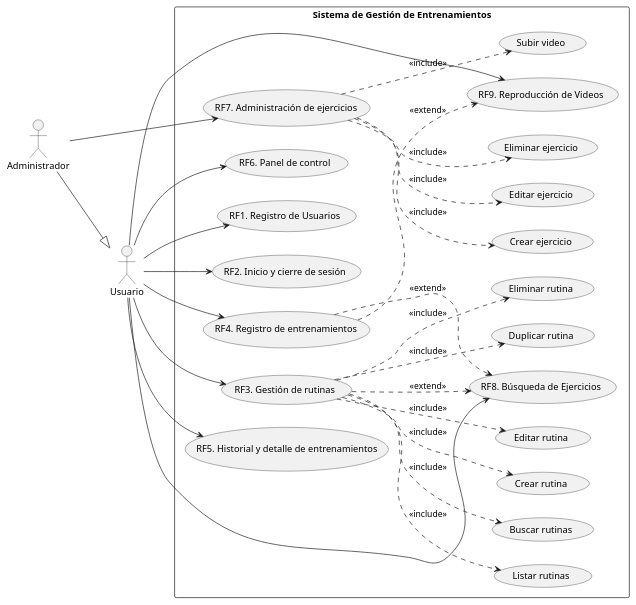
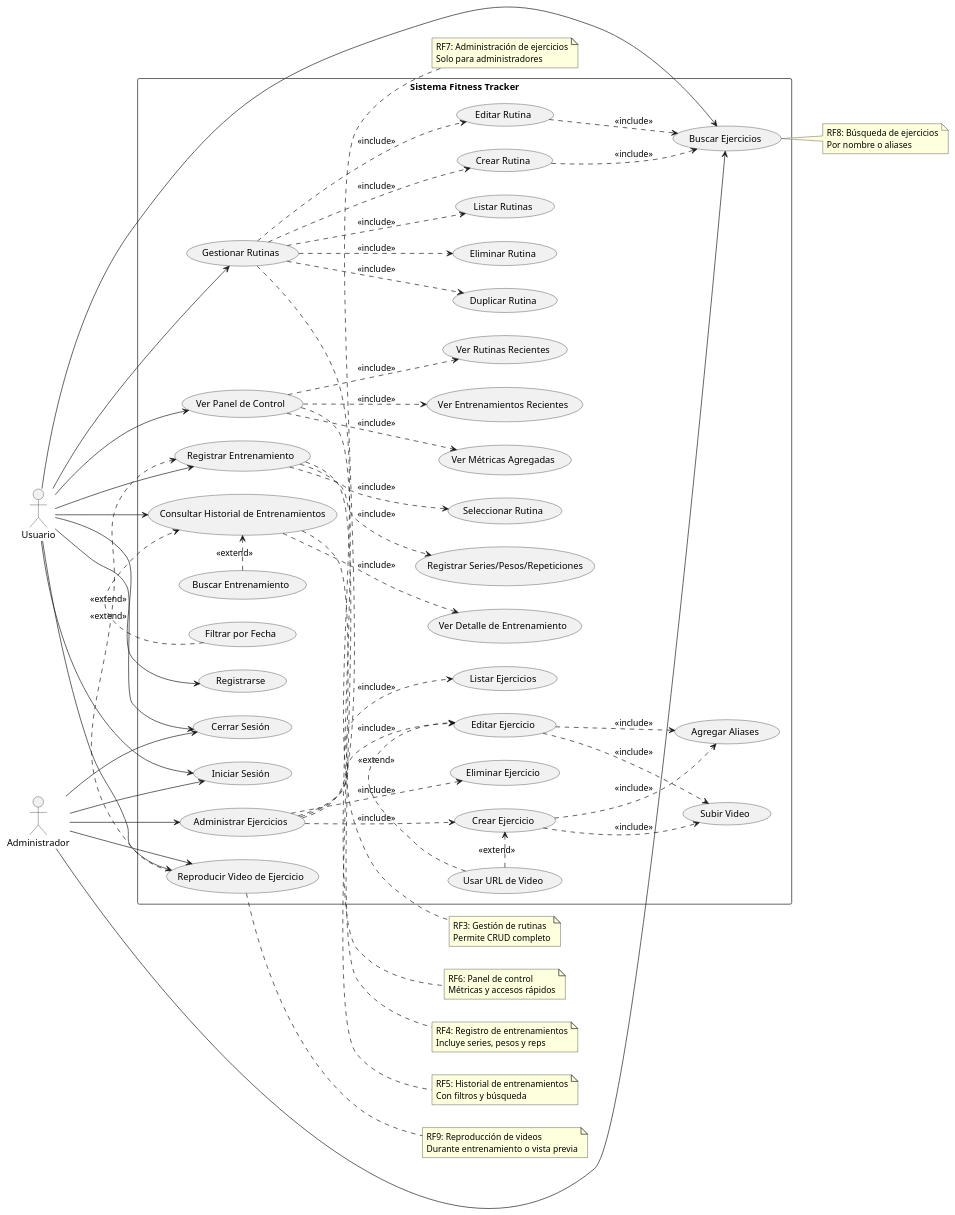
The diagram in use-case-diagram.puml (Samuelvr17/AppGym-Microservicios), drawn with PlantUML before and after one commit.

```diff
--- a/use-case-diagram.puml
+++ b/use-case-diagram.puml
@@ -1,60 +1,163 @@
-@startuml
+@startuml Use Case Diagram - Fitness Tracker
+
 left to right direction
 skinparam packageStyle rectangle
 
 actor "Usuario" as User
 actor "Administrador" as Admin
 
-rectangle "Sistema de Gestión de Entrenamientos" {
-  usecase "RF1. Registro de Usuarios" as RF1
-  usecase "RF2. Inicio y cierre de sesión" as RF2
-  usecase "RF3. Gestión de rutinas" as RF3
-  usecase "RF4. Registro de entrenamientos" as RF4
-  usecase "RF5. Historial y detalle de entrenamientos" as RF5
-  usecase "RF6. Panel de control" as RF6
-  usecase "RF7. Administración de ejercicios" as RF7
-  usecase "RF8. Búsqueda de Ejercicios" as RF8
-  usecase "RF9. Reproducción de Videos" as RF9
+rectangle "Sistema Fitness Tracker" {
 
-  usecase "Listar rutinas" as RF3_1
-  usecase "Buscar rutinas" as RF3_2
-  usecase "Crear rutina" as RF3_3
-  usecase "Editar rutina" as RF3_4
-  usecase "Duplicar rutina" as RF3_5
-  usecase "Eliminar rutina" as RF3_6
+  ' ===== Casos de Uso Compartidos =====
+  usecase "Iniciar Sesión" as UC_Login
+  usecase "Cerrar Sesión" as UC_Logout
+  usecase "Buscar Ejercicios" as UC_SearchExercises
+  usecase "Reproducir Video de Ejercicio" as UC_PlayVideo
 
-  usecase "Crear ejercicio" as RF7_1
-  usecase "Editar ejercicio" as RF7_2
-  usecase "Eliminar ejercicio" as RF7_3
-  usecase "Subir video" as RF7_4
+  ' ===== Casos de Uso del Usuario =====
+  usecase "Registrarse" as UC_Register
+  usecase "Gestionar Rutinas" as UC_ManageRoutines
+  usecase "Registrar Entrenamiento" as UC_RecordWorkout
+  usecase "Consultar Historial de Entrenamientos" as UC_ViewHistory
+  usecase "Ver Panel de Control" as UC_Dashboard
+
+  ' Casos de uso incluidos en Gestionar Rutinas
+  usecase "Listar Rutinas" as UC_ListRoutines
+  usecase "Crear Rutina" as UC_CreateRoutine
+  usecase "Editar Rutina" as UC_EditRoutine
+  usecase "Duplicar Rutina" as UC_DuplicateRoutine
+  usecase "Eliminar Rutina" as UC_DeleteRoutine
+
+  ' Casos de uso incluidos en Registrar Entrenamiento
+  usecase "Seleccionar Rutina" as UC_SelectRoutine
+  usecase "Registrar Series/Pesos/Repeticiones" as UC_RecordSets
+
+  ' Casos de uso incluidos en Consultar Historial
+  usecase "Ver Detalle de Entrenamiento" as UC_ViewWorkoutDetail
+
+  ' Casos de uso extendidos en Consultar Historial
+  usecase "Filtrar por Fecha" as UC_FilterByDate
+  usecase "Buscar Entrenamiento" as UC_SearchWorkout
+
+  ' Casos de uso incluidos en Panel de Control
+  usecase "Ver Métricas Agregadas" as UC_ViewMetrics
+  usecase "Ver Entrenamientos Recientes" as UC_ViewRecentWorkouts
+  usecase "Ver Rutinas Recientes" as UC_ViewRecentRoutines
+
+  ' ===== Casos de Uso del Administrador =====
+  usecase "Administrar Ejercicios" as UC_ManageExercises
+
+  ' Casos de uso incluidos en Administrar Ejercicios
+  usecase "Listar Ejercicios" as UC_ListExercises
+  usecase "Crear Ejercicio" as UC_CreateExercise
+  usecase "Editar Ejercicio" as UC_EditExercise
+  usecase "Eliminar Ejercicio" as UC_DeleteExercise
+
+  ' Casos de uso incluidos en Crear/Editar Ejercicio
+  usecase "Subir Video" as UC_UploadVideo
+  usecase "Agregar Aliases" as UC_AddAliases
+
+  ' Casos de uso extendidos en Crear/Editar Ejercicio
+  usecase "Usar URL de Video" as UC_UseVideoURL
+
+  ' ===== Relaciones del Usuario =====
+  User --> UC_Register
+  User --> UC_Login
+  User --> UC_Logout
+  User --> UC_ManageRoutines
+  User --> UC_RecordWorkout
+  User --> UC_ViewHistory
+  User --> UC_Dashboard
+  User --> UC_SearchExercises
+  User --> UC_PlayVideo
+
+  ' Relaciones include para Gestionar Rutinas
+  UC_ManageRoutines ..> UC_ListRoutines : <<include>>
+  UC_ManageRoutines ..> UC_CreateRoutine : <<include>>
+  UC_ManageRoutines ..> UC_EditRoutine : <<include>>
+  UC_ManageRoutines ..> UC_DuplicateRoutine : <<include>>
+  UC_ManageRoutines ..> UC_DeleteRoutine : <<include>>
+
+  ' Relaciones include para Crear/Editar Rutina
+  UC_CreateRoutine ..> UC_SearchExercises : <<include>>
+  UC_EditRoutine ..> UC_SearchExercises : <<include>>
+
+  ' Relaciones include para Registrar Entrenamiento
+  UC_RecordWorkout ..> UC_SelectRoutine : <<include>>
+  UC_RecordWorkout ..> UC_RecordSets : <<include>>
+
+  ' Relaciones extend para Registrar Entrenamiento
+  UC_PlayVideo .> UC_RecordWorkout : <<extend>>
+
+  ' Relaciones include para Consultar Historial
+  UC_ViewHistory ..> UC_ViewWorkoutDetail : <<include>>
+
+  ' Relaciones extend para Consultar Historial
+  UC_FilterByDate .> UC_ViewHistory : <<extend>>
+  UC_SearchWorkout .> UC_ViewHistory : <<extend>>
+
+  ' Relaciones include para Panel de Control
+  UC_Dashboard ..> UC_ViewMetrics : <<include>>
+  UC_Dashboard ..> UC_ViewRecentWorkouts : <<include>>
+  UC_Dashboard ..> UC_ViewRecentRoutines : <<include>>
+
+  ' ===== Relaciones del Administrador =====
+  Admin --> UC_Login
+  Admin --> UC_Logout
+  Admin --> UC_ManageExercises
+  Admin --> UC_SearchExercises
+  Admin --> UC_PlayVideo
+
+  ' Relaciones include para Administrar Ejercicios
+  UC_ManageExercises ..> UC_ListExercises : <<include>>
+  UC_ManageExercises ..> UC_CreateExercise : <<include>>
+  UC_ManageExercises ..> UC_EditExercise : <<include>>
+  UC_ManageExercises ..> UC_DeleteExercise : <<include>>
+
+  ' Relaciones include para Crear/Editar Ejercicio
+  UC_CreateExercise ..> UC_UploadVideo : <<include>>
+  UC_CreateExercise ..> UC_AddAliases : <<include>>
+  UC_EditExercise ..> UC_UploadVideo : <<include>>
+  UC_EditExercise ..> UC_AddAliases : <<include>>
+
+  ' Relaciones extend para Crear/Editar Ejercicio
+  UC_UseVideoURL .> UC_CreateExercise : <<extend>>
+  UC_UseVideoURL .> UC_EditExercise : <<extend>>
 }
 
-User --> RF1
-User --> RF2
-User --> RF3
-User --> RF4
-User --> RF5
-User --> RF6
-User --> RF8
-User --> RF9
+note right of UC_ManageRoutines
+  RF3: Gestión de rutinas
+  Permite CRUD completo
+end note
 
-Admin --|> User
-Admin --> RF7
+note right of UC_RecordWorkout
+  RF4: Registro de entrenamientos
+  Incluye series, pesos y reps
+end note
 
-RF3 ..> RF3_1 : <<include>>
-RF3 ..> RF3_2 : <<include>>
-RF3 ..> RF3_3 : <<include>>
-RF3 ..> RF3_4 : <<include>>
-RF3 ..> RF3_5 : <<include>>
-RF3 ..> RF3_6 : <<include>>
+note right of UC_ViewHistory
+  RF5: Historial de entrenamientos
+  Con filtros y búsqueda
+end note
 
-RF7 ..> RF7_1 : <<include>>
-RF7 ..> RF7_2 : <<include>>
-RF7 ..> RF7_3 : <<include>>
-RF7 ..> RF7_4 : <<include>>
+note right of UC_Dashboard
+  RF6: Panel de control
+  Métricas y accesos rápidos
+end note
 
-RF3 ..> RF8 : <<extend>>
-RF4 ..> RF8 : <<extend>>
-RF4 ..> RF9 : <<extend>>
+note right of UC_ManageExercises
+  RF7: Administración de ejercicios
+  Solo para administradores
+end note
+
+note right of UC_SearchExercises
+  RF8: Búsqueda de ejercicios
+  Por nombre o aliases
+end note
+
+note right of UC_PlayVideo
+  RF9: Reproducción de videos
+  Durante entrenamiento o vista previa
+end note
 
 @enduml
```
